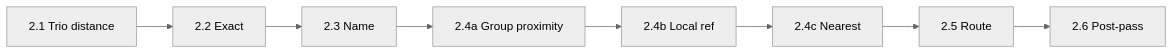
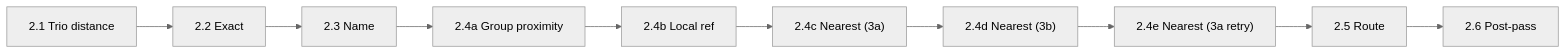
The third of 4 diagrams in documentation/2. Matching process.md (openTdataCH/stop_sync_osm_atlas), drawn with Mermaid (neutral theme) before and after one commit. The commit also changed other lines of this file and 45 other files, not shown here.

````diff
--- a/documentation/2. Matching process.md
+++ b/documentation/2. Matching process.md
@@ -177,4 +177,4 @@
 ```mermaid
 flowchart LR
-    T["2.1 Trio distance"] --> E["2.2 Exact"] --> N["2.3 Name"] --> D1["2.4a Group proximity"] --> D2["2.4b Local ref"] --> D3["2.4c Nearest"] --> R["2.5 Route"] --> P["2.6 Post-pass"]
+    T["2.1 Trio distance"] --> E["2.2 Exact"] --> N["2.3 Name"] --> D1["2.4a Group proximity"] --> D2["2.4b Local ref"] --> D3["2.4c Nearest (3a)"] --> D4["2.4d Nearest (3b)"] --> D5["2.4e Nearest (3a retry)"] --> R["2.5 Route"] --> P["2.6 Post-pass"]
 ```
````
